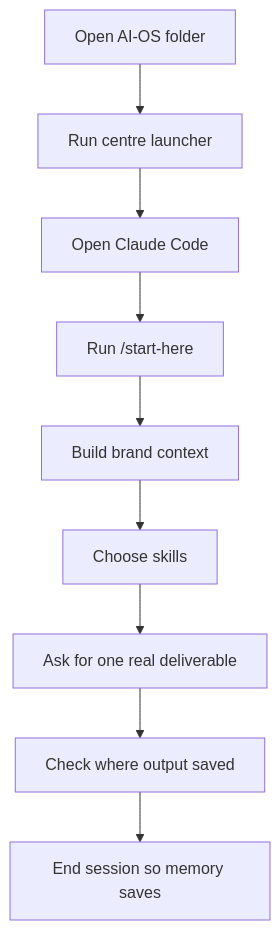
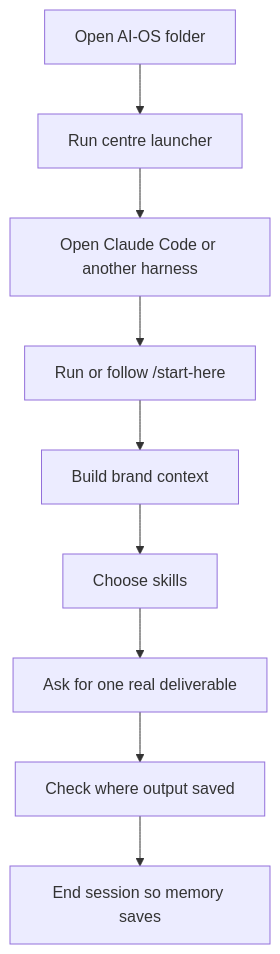
Before and after one commit to camrontaylor/AI-OS-Template: the diagram in docs/getting-started.md, drawn with Mermaid. The commit also changed other lines of this file and 462 other files, not shown here.

````diff
--- a/docs/getting-started.md
+++ b/docs/getting-started.md
@@ -11,11 +11,11 @@
 ```mermaid
 flowchart TD
   A["Open AI-OS folder"] --> B["Run centre launcher"]
-  B --> C["Open Claude Code"]
-  C --> D["Run /start-here"]
+  B --> C["Open Claude Code or another harness"]
+  C --> D["Run or follow /start-here"]
   D --> E["Build brand context"]
   E --> F["Choose skills"]
   F --> G["Ask for one real deliverable"]
   G --> H["Check where output saved"]
   H --> I["End session so memory saves"]
 ```
````
